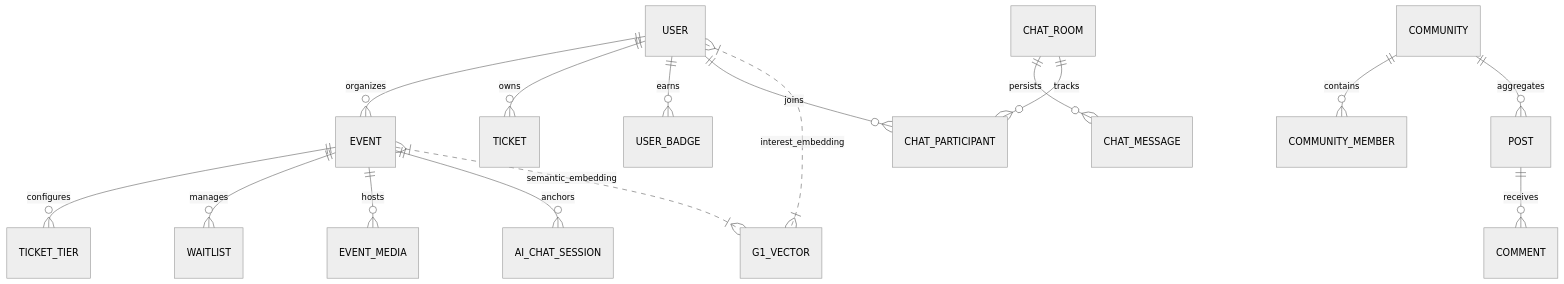
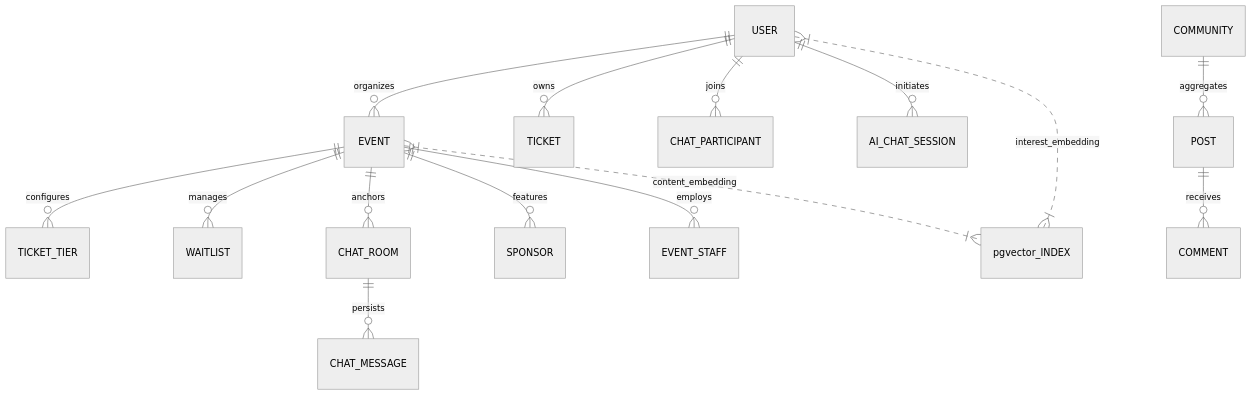
The sixth of 6 diagrams in README.md (ArrinPaul/Eventra), drawn with Mermaid (neutral theme) before and after one commit. The commit also changed other lines of this file, not shown here.

Commit message:
feat: enhance README with detailed descriptions of core technology pillars and system architecture

````diff
--- a/README.md
+++ b/README.md
@@ -75,23 +133,21 @@
 ```mermaid
 erDiagram
     USER ||--o{ EVENT : "organizes"
     USER ||--o{ TICKET : "owns"
-    USER ||--o{ USER_BADGE : "earns"
     USER ||--o{ CHAT_PARTICIPANT : "joins"
+    USER ||--o{ AI_CHAT_SESSION : "initiates"
     
     EVENT ||--o{ TICKET_TIER : "configures"
     EVENT ||--o{ WAITLIST : "manages"
-    EVENT ||--o{ EVENT_MEDIA : "hosts"
-    EVENT ||--o{ AI_CHAT_SESSION : "anchors"
-    
-    COMMUNITY ||--o{ COMMUNITY_MEMBER : "contains"
+    EVENT ||--o{ CHAT_ROOM : "anchors"
+    EVENT ||--o{ SPONSOR : "features"
+    EVENT ||--o{ EVENT_STAFF : "employs"
+
     COMMUNITY ||--o{ POST : "aggregates"
-    
     POST ||--o{ COMMENT : "receives"
     
     CHAT_ROOM ||--o{ CHAT_MESSAGE : "persists"
-    CHAT_ROOM ||--o{ CHAT_PARTICIPANT : "tracks"
 
-    EVENT }|..|{ G1_VECTOR : "semantic_embedding"
-    USER }|..|{ G1_VECTOR : "interest_embedding"
+    USER }|..|{ pgvector_INDEX : "interest_embedding"
+    EVENT }|..|{ pgvector_INDEX : "content_embedding"
 ```
````
